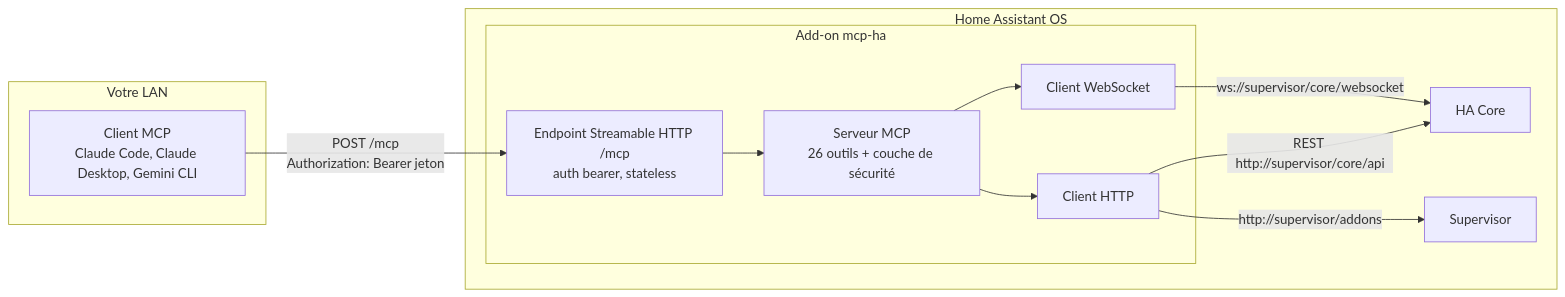
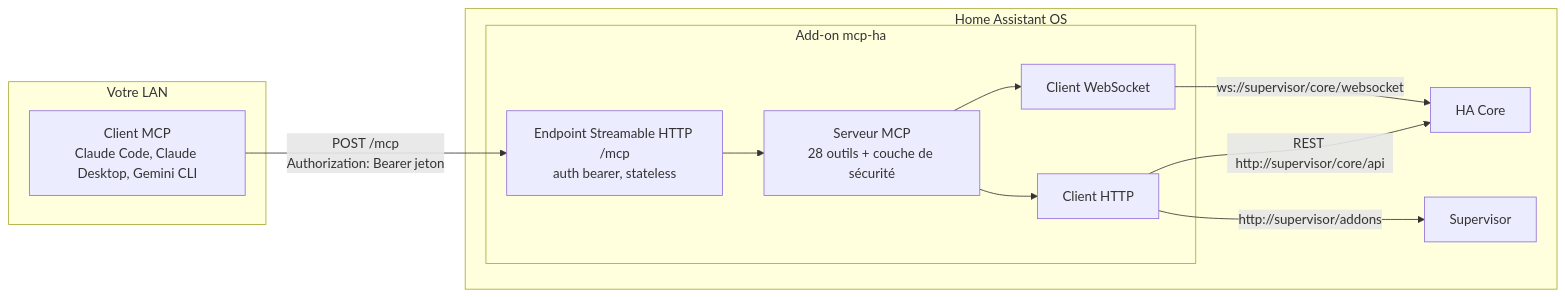
The first of 3 diagrams in docs/fr/reference/architecture.md (Devitek/mcp-ha), drawn with Mermaid before and after one commit. The commit also changed 20 other files, not shown here.

````diff
--- a/docs/fr/reference/architecture.md
+++ b/docs/fr/reference/architecture.md
@@ -7,23 +7,23 @@
 ```mermaid
 flowchart LR
   subgraph lan["Votre LAN"]
     C["Client MCP<br/>Claude Code, Claude Desktop, Gemini CLI"]
   end
   subgraph haos["Home Assistant OS"]
     subgraph addon["Add-on mcp-ha"]
       T["Endpoint Streamable HTTP /mcp<br/>auth bearer, stateless"]
-      S["Serveur MCP<br/>26 outils + couche de sécurité"]
+      S["Serveur MCP<br/>28 outils + couche de sécurité"]
       W["Client WebSocket"]
       H["Client HTTP"]
       T --> S
       S --> W
       S --> H
     end
     CORE["HA Core"]
     SUP["Supervisor"]
     W -->|"ws://supervisor/core/websocket"| CORE
     H -->|"REST http://supervisor/core/api"| CORE
     H -->|"http://supervisor/addons"| SUP
   end
   C -->|"POST /mcp<br/>Authorization: Bearer jeton"| T
 ```
````
